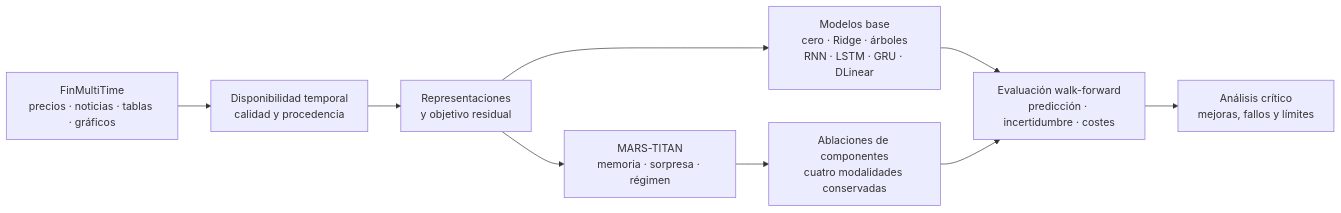
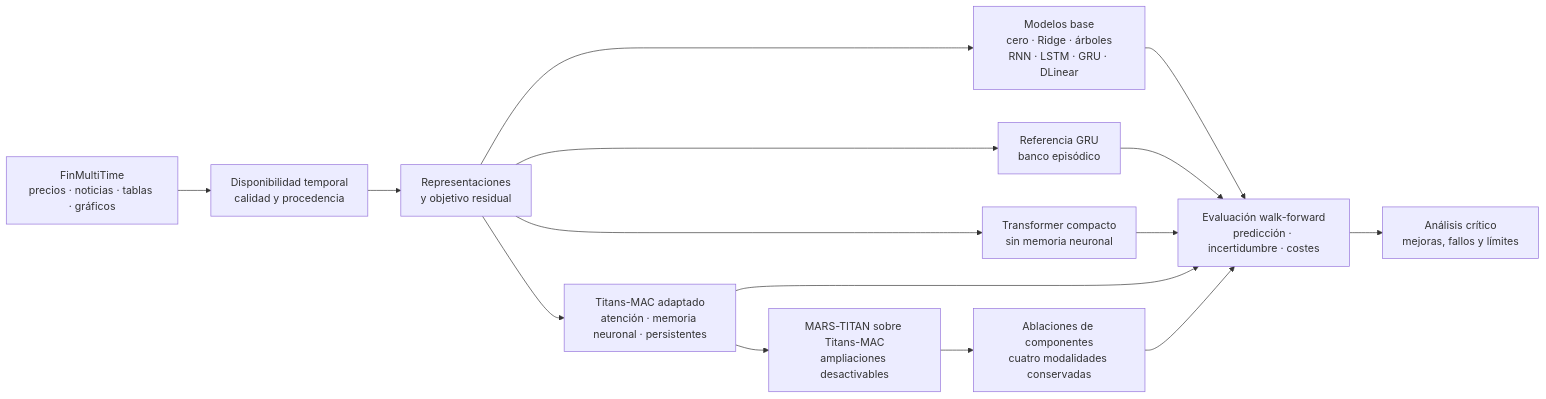
Before and after one commit to GonxKZ/mars-titan: the diagram in README.md, drawn with Mermaid. The commit also changed other lines of this file and 68 other files, not shown here.

````diff
--- a/README.md
+++ b/README.md
@@ -99,11 +106,17 @@
 ```mermaid
 flowchart LR
     D[FinMultiTime<br/>precios · noticias · tablas · gráficos] --> P[Disponibilidad temporal<br/>calidad y procedencia]
     P --> X[Representaciones<br/>y objetivo residual]
     X --> B[Modelos base<br/>cero · Ridge · árboles<br/>RNN · LSTM · GRU · DLinear]
-    X --> M[MARS-TITAN<br/>memoria · sorpresa · régimen]
+    X --> G[Referencia GRU<br/>banco episódico]
+    X --> T[Transformer compacto<br/>sin memoria neuronal]
+    X --> N[Titans-MAC adaptado<br/>atención · memoria neuronal · persistentes]
+    N --> M[MARS-TITAN sobre Titans-MAC<br/>ampliaciones desactivables]
     M --> A[Ablaciones de componentes<br/>cuatro modalidades conservadas]
     B --> E[Evaluación walk-forward<br/>predicción · incertidumbre · costes]
+    G --> E
+    T --> E
+    N --> E
     A --> E
     E --> C[Análisis crítico<br/>mejoras, fallos y límites]
 ```
````
